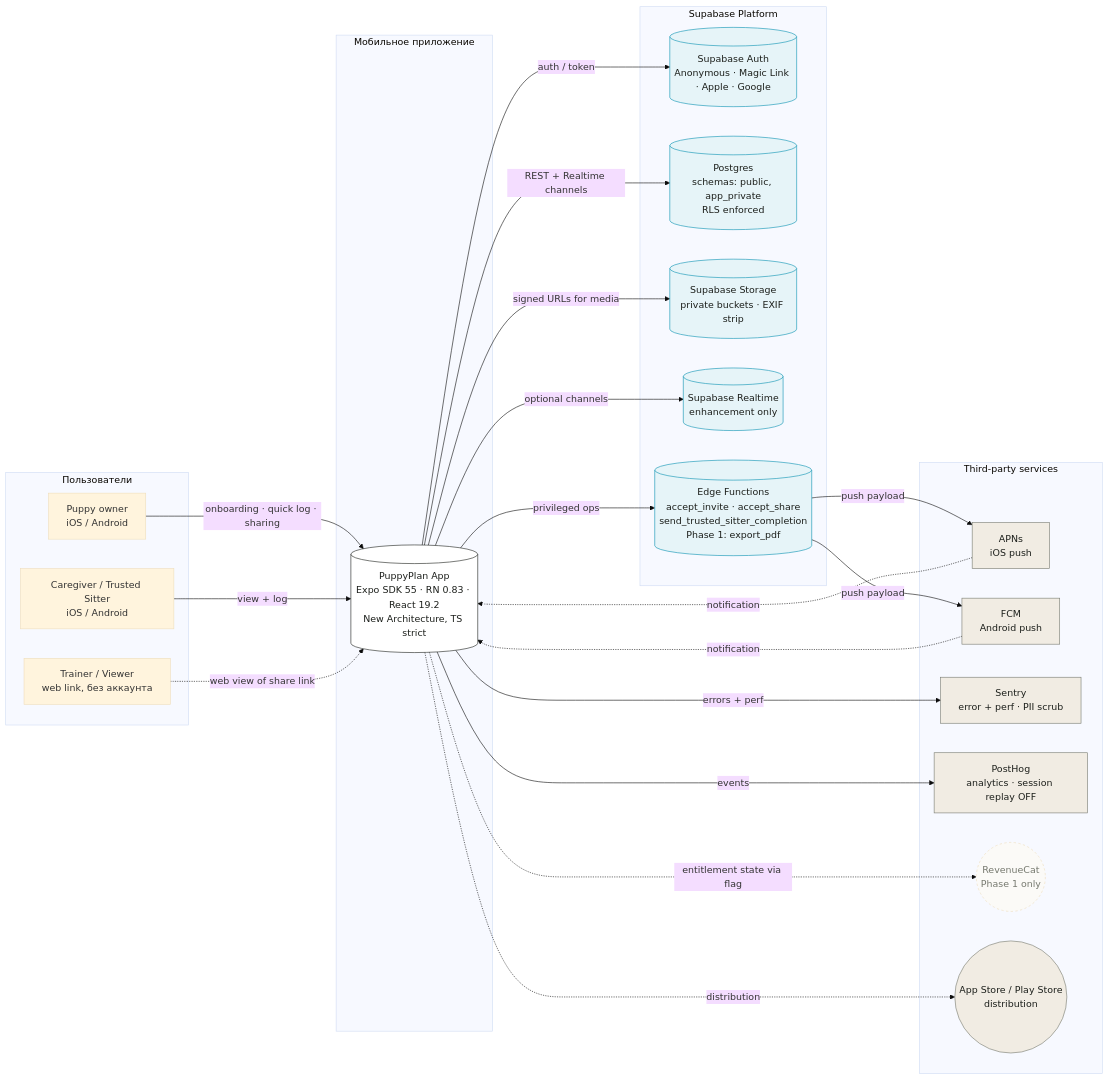
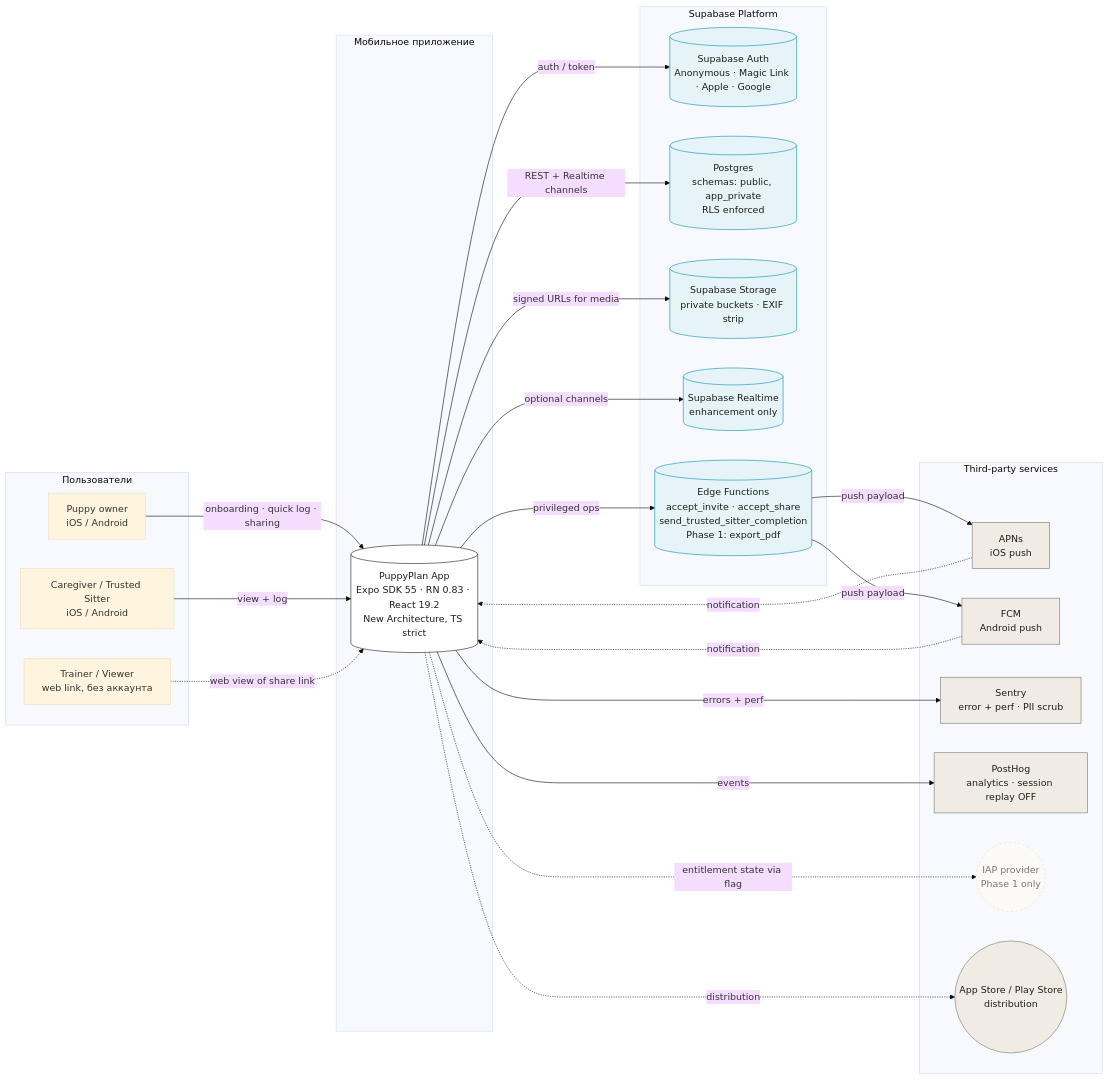
The diagram in docs/architecture/diagrams/01-system-context.mmd (DmitrySelenya/puppyplan-app), drawn with Mermaid (base theme) before and after one commit. The commit also changed 28 other files, not shown here.

```diff
--- a/docs/architecture/diagrams/01-system-context.mmd
+++ b/docs/architecture/diagrams/01-system-context.mmd
@@ -1,61 +1,61 @@
 %% PuppyPlan — System Context (C4 Level 1)
 %% Источник правды: PRD §6 (Техническая архитектура).
 %% Изменения только через ADR.
 
 flowchart LR
   subgraph users[Пользователи]
     owner[Puppy owner<br/>iOS / Android]
     caregiver[Caregiver / Trusted Sitter<br/>iOS / Android]
     trainer[Trainer / Viewer<br/>web link, без аккаунта]
   end
 
   subgraph mobile[Мобильное приложение]
     app[(PuppyPlan App<br/>Expo SDK 55 · RN 0.83 · React 19.2<br/>New Architecture, TS strict)]
   end
 
   subgraph platform[Supabase Platform]
     auth[(Supabase Auth<br/>Anonymous · Magic Link · Apple · Google)]
     db[(Postgres<br/>schemas: public, app_private<br/>RLS enforced)]
     storage[(Supabase Storage<br/>private buckets · EXIF strip)]
     realtime[(Supabase Realtime<br/>enhancement only)]
     edge[(Edge Functions<br/>accept_invite · accept_share<br/>send_trusted_sitter_completion<br/>Phase 1: export_pdf)]
   end
 
   subgraph third[Third-party services]
     apns[APNs<br/>iOS push]
     fcm[FCM<br/>Android push]
     sentry[Sentry<br/>error + perf · PII scrub]
     posthog[PostHog<br/>analytics · session replay OFF]
-    revcat((RevenueCat<br/>Phase 1 only))
+    billing((IAP provider<br/>Phase 1 only))
     appstore((App Store / Play Store<br/>distribution))
   end
 
   owner -->|onboarding · quick log · sharing| app
   caregiver -->|view + log| app
   trainer -.->|web view of share link| app
 
   app -->|auth / token| auth
   app -->|REST + Realtime channels| db
   app -->|signed URLs for media| storage
   app -->|optional channels| realtime
   app -->|privileged ops| edge
 
   edge -->|push payload| apns
   edge -->|push payload| fcm
   apns -.->|notification| app
   fcm -.->|notification| app
 
   app -->|errors + perf| sentry
   app -->|events| posthog
 
-  app -.->|entitlement state via flag| revcat
+  app -.->|entitlement state via flag| billing
   app -.->|distribution| appstore
 
   classDef ext fill:#F1ECE3,stroke:#76796F,color:#1C1F1B
   classDef plat fill:#E6F4F8,stroke:#0891B2,color:#1C1F1B
   classDef cli fill:#FFFFFF,stroke:#1C1F1B,color:#1C1F1B
   classDef futr stroke-dasharray: 4 4,color:#76796F,fill:#FBFAF7
   class apns,fcm,sentry,posthog,appstore ext
   class auth,db,storage,realtime,edge plat
   class app cli
-  class revcat futr
+  class billing futr
```
